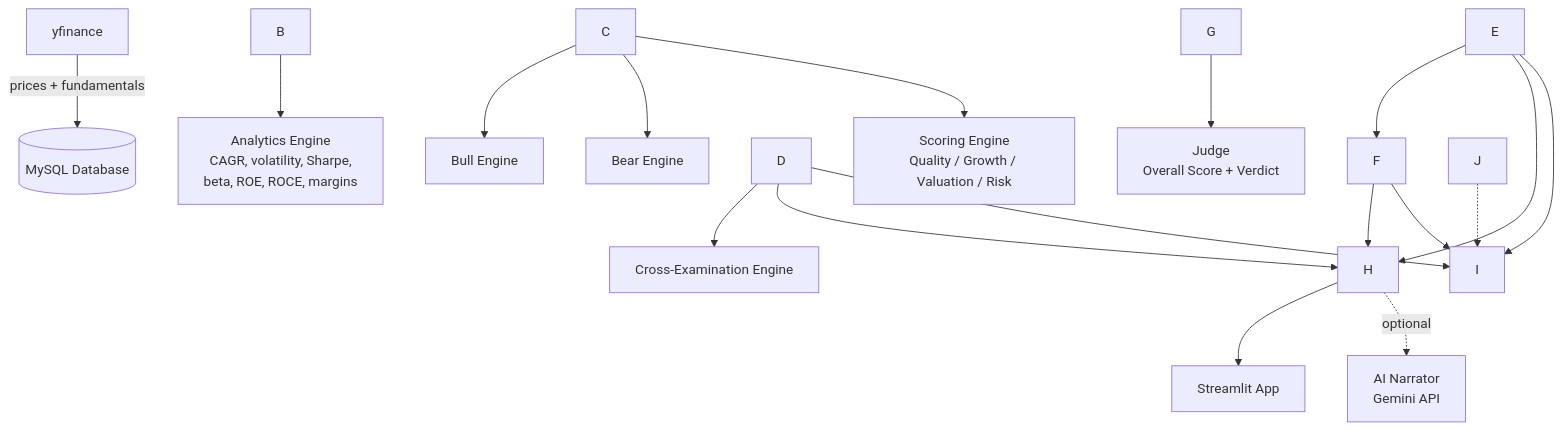
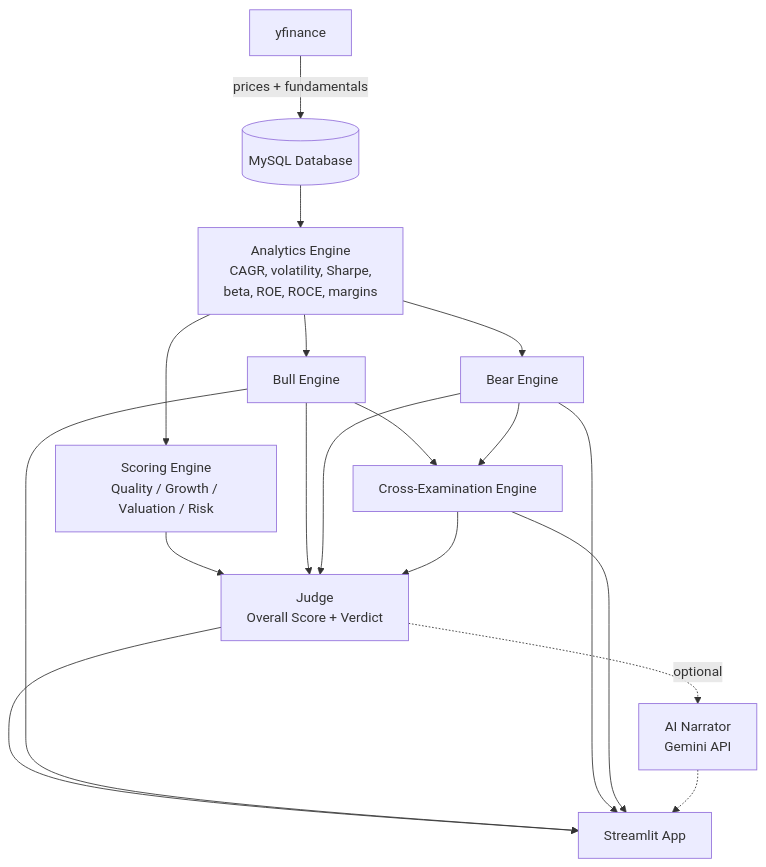
Before and after one commit to Athuu060107/investment-courtroom: the first of 2 diagrams in README.md, drawn with Mermaid. The commit also changed other lines of this file, not shown here.

````diff
--- a/README.md
+++ b/README.md
@@ -92,20 +92,20 @@
 ```mermaid
 flowchart TD
-    A\[yfinance] -->|prices + fundamentals| B\[(MySQL Database)]
-    B --> C\[Analytics Engine<br/>CAGR, volatility, Sharpe,<br/>beta, ROE, ROCE, margins]
-    C --> D\[Bull Engine]
-    C --> E\[Bear Engine]
-    D --> F\[Cross-Examination Engine]
+    A[yfinance] -->|prices + fundamentals| B[(MySQL Database)]
+    B --> C[Analytics Engine<br/>CAGR, volatility, Sharpe,<br/>beta, ROE, ROCE, margins]
+    C --> D[Bull Engine]
+    C --> E[Bear Engine]
+    D --> F[Cross-Examination Engine]
     E --> F
-    C --> G\[Scoring Engine<br/>Quality / Growth / Valuation / Risk]
-    G --> H\[Judge<br/>Overall Score + Verdict]
+    C --> G[Scoring Engine<br/>Quality / Growth / Valuation / Risk]
+    G --> H[Judge<br/>Overall Score + Verdict]
     D --> H
     E --> H
     F --> H
-    H --> I\[Streamlit App]
+    H --> I[Streamlit App]
     D --> I
     E --> I
     F --> I
-    H -.optional.-> J\[AI Narrator<br/>Gemini API]
+    H -.optional.-> J[AI Narrator<br/>Gemini API]
     J -.-> I
 ```
````
